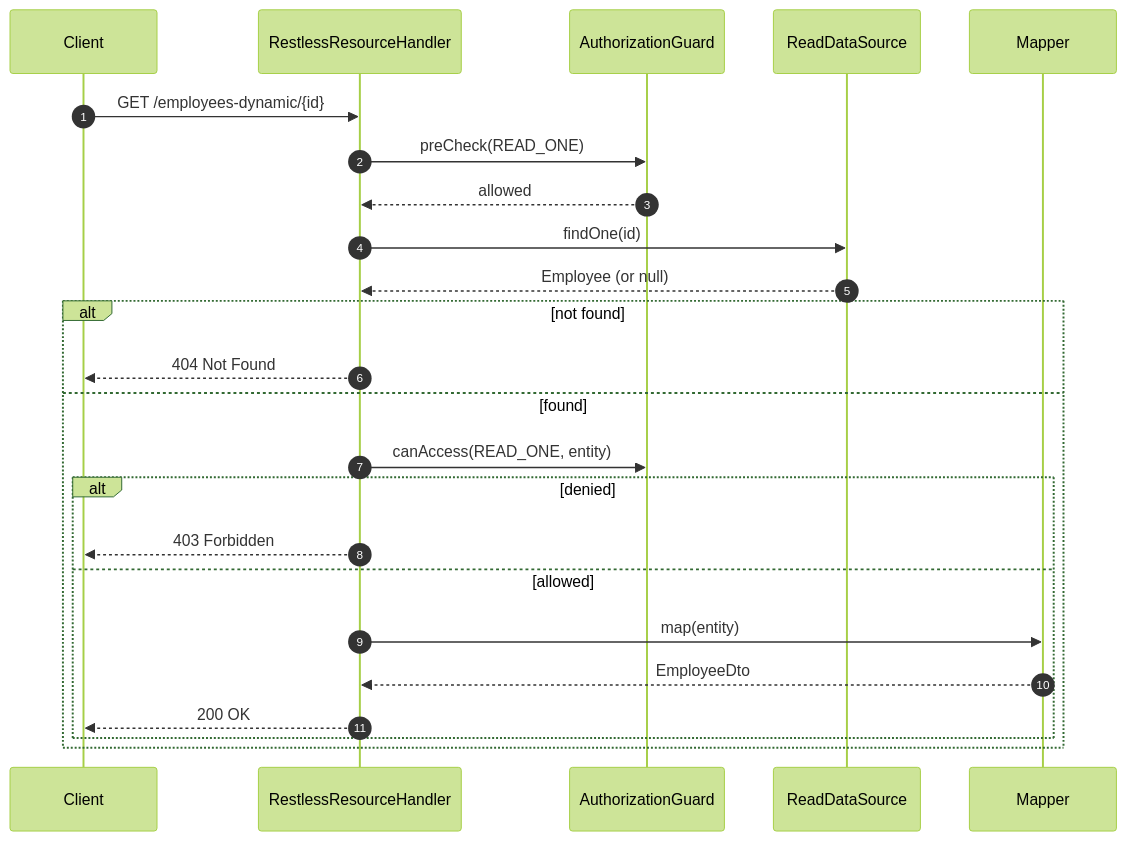
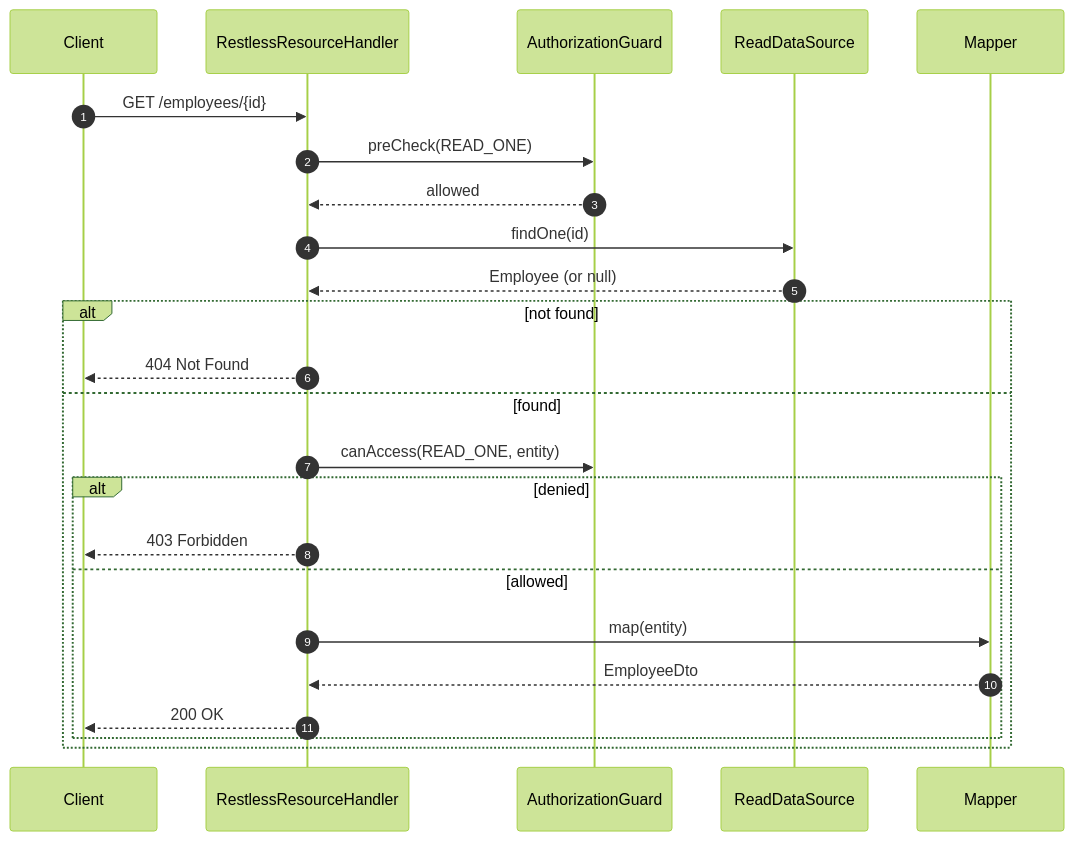
The third of 5 diagrams in README.md (cristivoicu/springboot_restless), drawn with Mermaid (forest theme) before and after one commit. The commit also changed other lines of this file and 56 other files, not shown here.

````diff
--- a/README.md
+++ b/README.md
@@ -194,27 +195,27 @@
 ```mermaid
 sequenceDiagram
     autonumber
     participant C as Client
     participant H as RestlessResourceHandler
     participant G as AuthorizationGuard
     participant D as ReadDataSource
     participant M as Mapper
 
-    C->>H: GET /employees-dynamic/{id}
+    C->>H: GET /employees/{id}
     H->>G: preCheck(READ_ONE)
     G-->>H: allowed
     H->>D: findOne(id)
     D-->>H: Employee (or null)
     alt not found
         H-->>C: 404 Not Found
     else found
         H->>G: canAccess(READ_ONE, entity)
         alt denied
             H-->>C: 403 Forbidden
         else allowed
             H->>M: map(entity)
             M-->>H: EmployeeDto
             H-->>C: 200 OK
         end
     end
 ```
````
